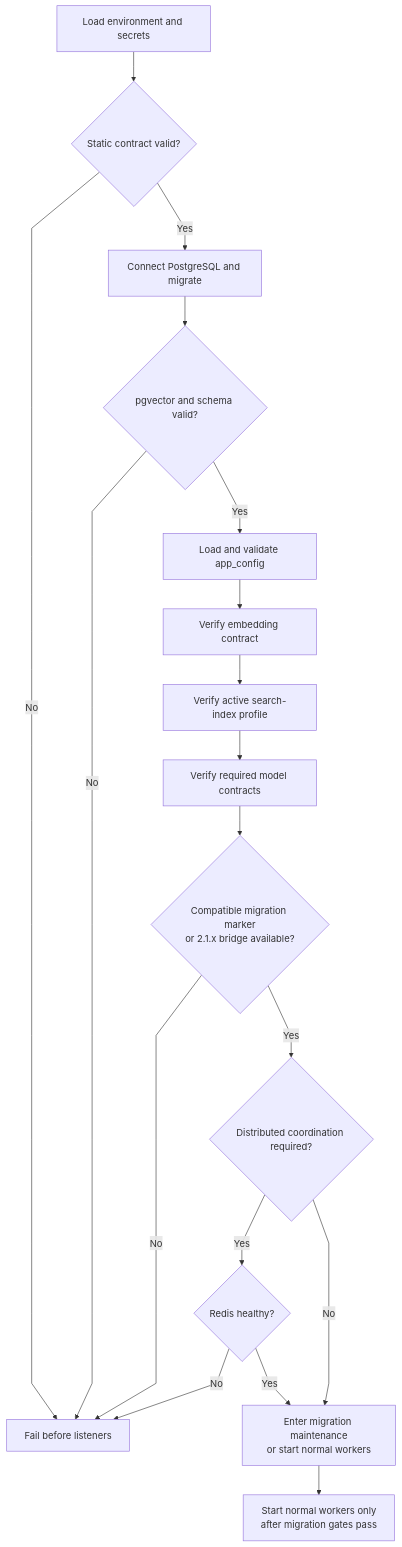
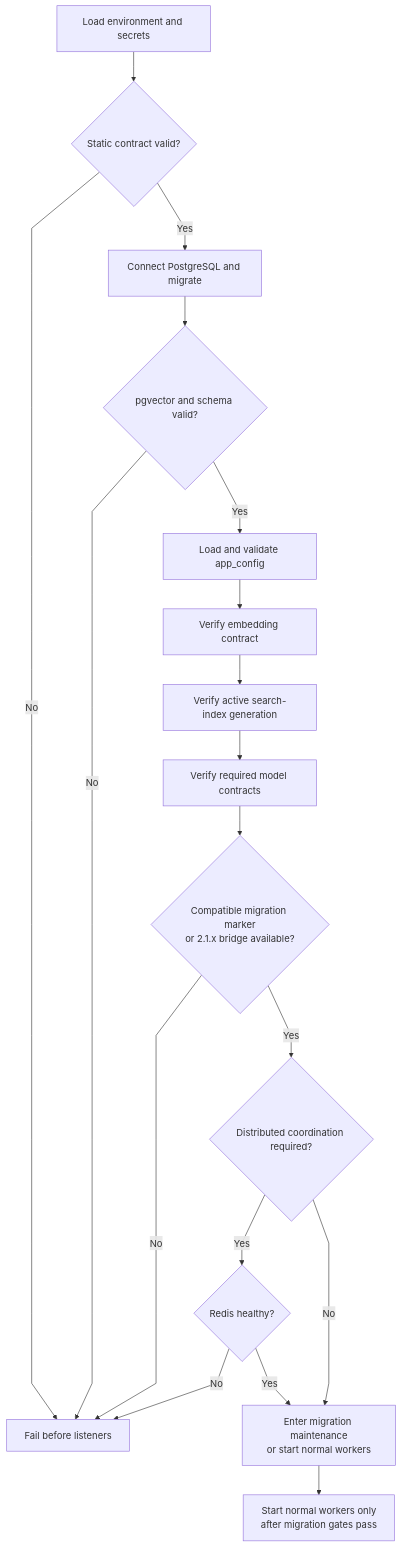
One commit to markhuangai/dense-mem changed the third of 3 diagrams in Configuration.md. Above: the diagram before and after it, drawn with Mermaid. The commit also changed other lines of this file and 13 other files, not shown here.

````diff
--- a/Configuration.md
+++ b/Configuration.md
@@ -413,21 +415,21 @@
 ```mermaid
 %%{init: {"flowchart": {"curve": "linear"}}}%%
 flowchart TD
   Load["Load environment and secrets"] --> Static{"Static contract valid?"}
   Static -- No --> Fail["Fail before listeners"]
   Static -- Yes --> PG["Connect PostgreSQL and migrate"]
   PG --> Vector{"pgvector and schema valid?"}
   Vector -- No --> Fail
   Vector -- Yes --> Runtime["Load and validate app_config"]
   Runtime --> Embed["Verify embedding contract"]
-  Embed --> Index["Verify active search-index profile"]
+  Embed --> Index["Verify active search-index generation"]
   Index --> Models["Verify required model contracts"]
   Models --> Migration{"Compatible migration marker<br/>or 2.1.x bridge available?"}
   Migration -- No --> Fail
   Migration -- Yes --> Distributed{"Distributed coordination required?"}
   Distributed -- Yes --> Redis{"Redis healthy?"}
   Redis -- No --> Fail
   Redis -- Yes --> Gate["Enter migration maintenance<br/>or start normal workers"]
   Distributed -- No --> Gate
   Gate --> Ready["Start normal workers only<br/>after migration gates pass"]
 ```
````
